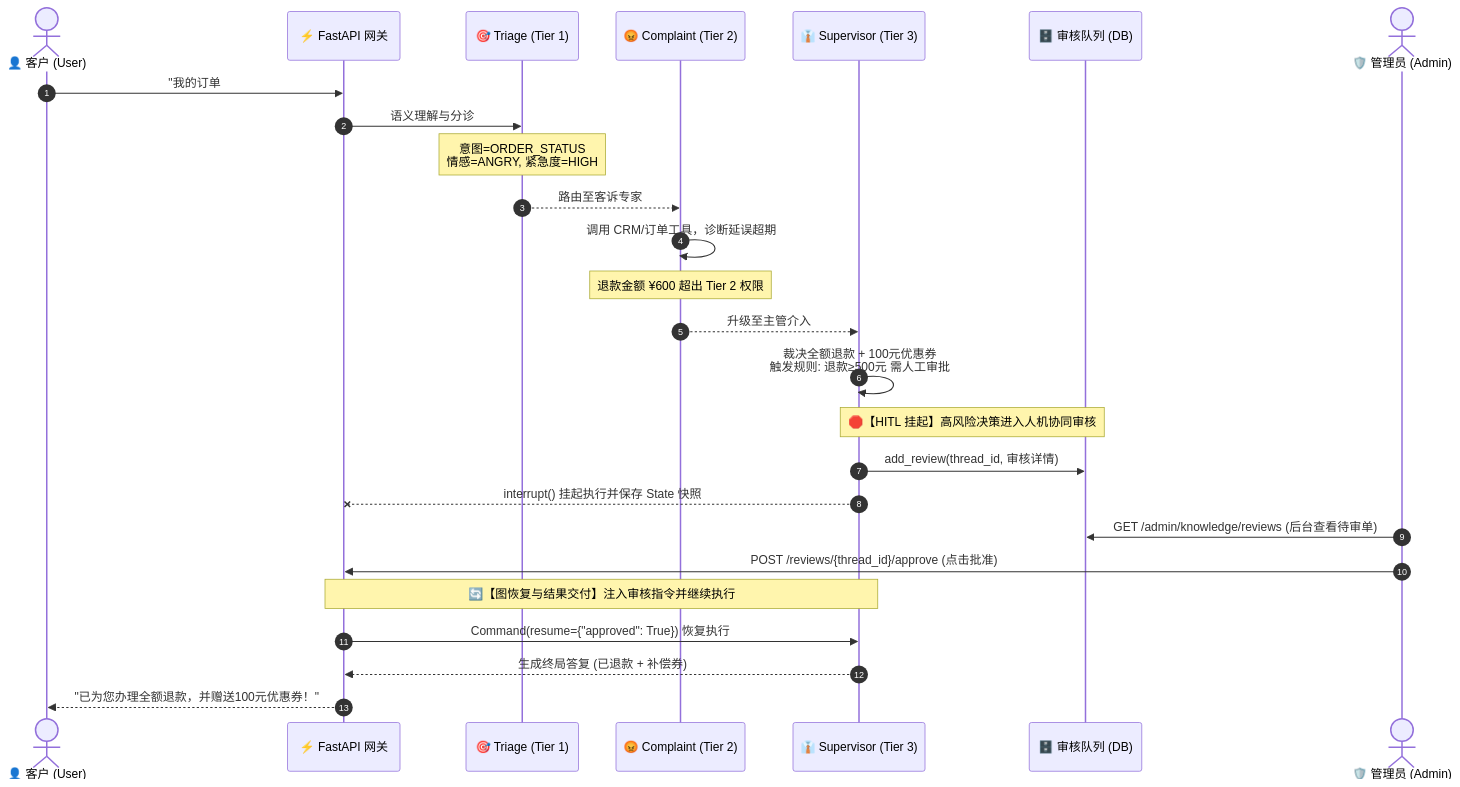
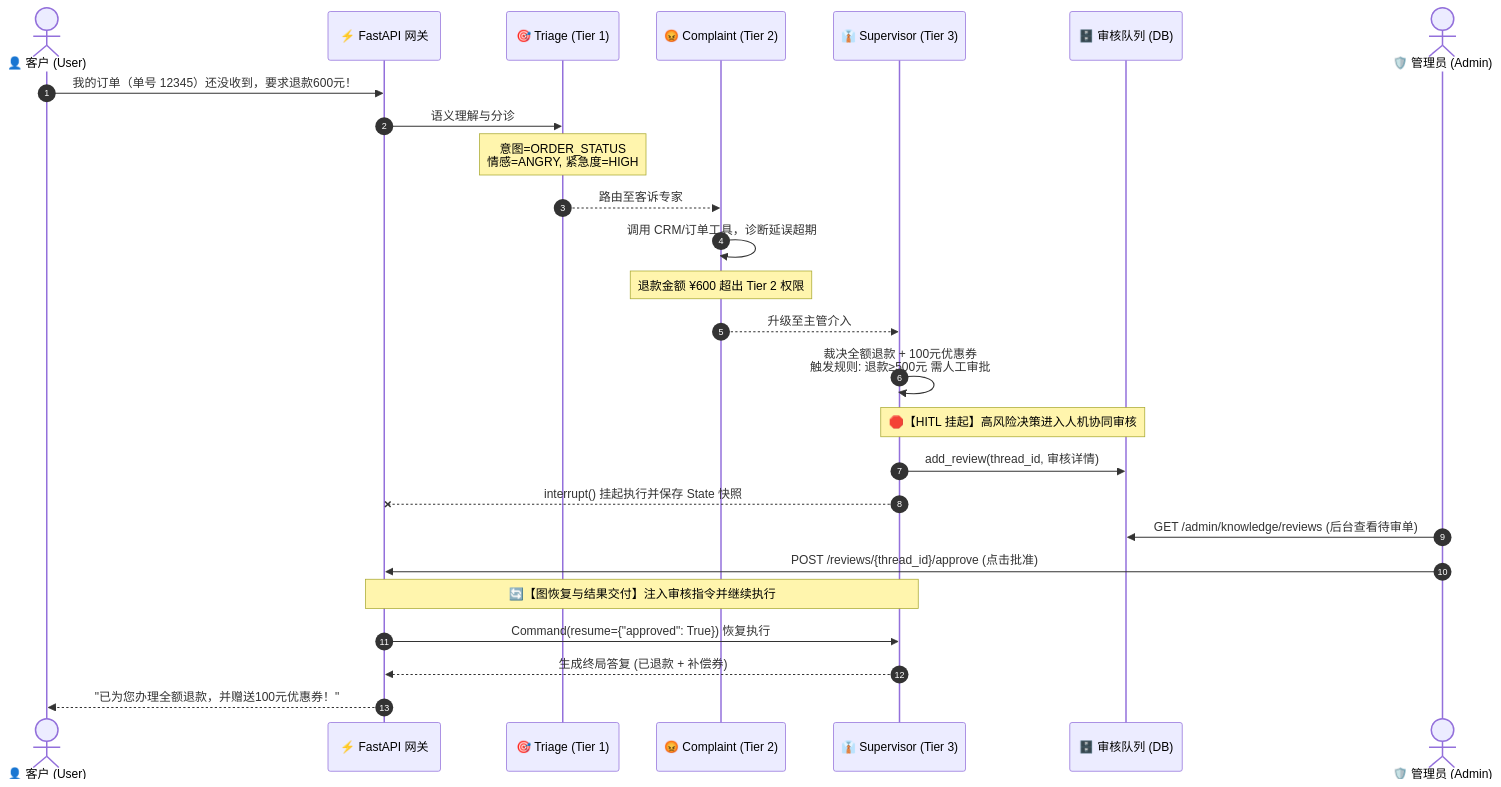
Before and after one commit to RUM900/customer-service: the third of 3 diagrams in README.md, drawn with Mermaid.

Commit message:
fix(docs): resolve Mermaid # character truncation in sequence diagram user message

````diff
--- a/README.md
+++ b/README.md
@@ -114,35 +114,35 @@
 ```mermaid
 sequenceDiagram
     autonumber
     actor User as 👤 客户 (User)
     participant API as ⚡ FastAPI 网关
     participant Triage as 🎯 Triage (Tier 1)
     participant Complaint as 😡 Complaint (Tier 2)
     participant Supervisor as 👔 Supervisor (Tier 3)
     participant ReviewDB as 🗄️ 审核队列 (DB)
     actor Admin as 🛡️ 管理员 (Admin)
 
-    User->>API: "我的订单 #12345 还没收到，要求退款600元！"
+    User->>API: 我的订单（单号 12345）还没收到，要求退款600元！
     API->>Triage: 语义理解与分诊
     Note over Triage: 意图=ORDER_STATUS<br/>情感=ANGRY, 紧急度=HIGH
     Triage-->>Complaint: 路由至客诉专家
 
     Complaint->>Complaint: 调用 CRM/订单工具，诊断延误超期
     Note over Complaint: 退款金额 ¥600 超出 Tier 2 权限
     Complaint-->>Supervisor: 升级至主管介入
 
     Supervisor->>Supervisor: 裁决全额退款 + 100元优惠券<br/>触发规则: 退款≥500元 需人工审批
     
     Note over Supervisor,ReviewDB: 🛑【HITL 挂起】高风险决策进入人机协同审核
     Supervisor->>ReviewDB: add_review(thread_id, 审核详情)
     Supervisor--xAPI: interrupt() 挂起执行并保存 State 快照
 
     Admin->>ReviewDB: GET /admin/knowledge/reviews (后台查看待审单)
     Admin->>API: POST /reviews/{thread_id}/approve (点击批准)
     
     Note over API,Supervisor: 🔄【图恢复与结果交付】注入审核指令并继续执行
     API->>Supervisor: Command(resume={"approved": True}) 恢复执行
 
     Supervisor-->>API: 生成终局答复 (已退款 + 补偿券)
     API-->>User: "已为您办理全额退款，并赠送100元优惠券！"
 ```
````
